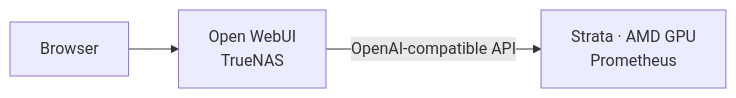
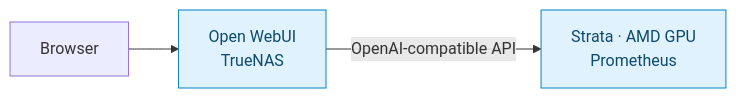
One commit to AldogPlays/Homelab changed the diagram in docs/local-ai.md. Above: the diagram before and after it, drawn with Mermaid. The commit also changed other lines of this file and 10 other files, not shown here.

````diff
--- a/docs/local-ai.md
+++ b/docs/local-ai.md
@@ -11,5 +11,8 @@
 ```mermaid
 flowchart LR
     Client["Browser"] --> UI["Open WebUI<br/>TrueNAS"]
     UI -->|OpenAI-compatible API| Strata["Strata · AMD GPU<br/>Prometheus"]
+
+    classDef host fill:#e0f2fe,stroke:#0284c7,color:#0c4a6e
+    class UI,Strata host
 ```
````
